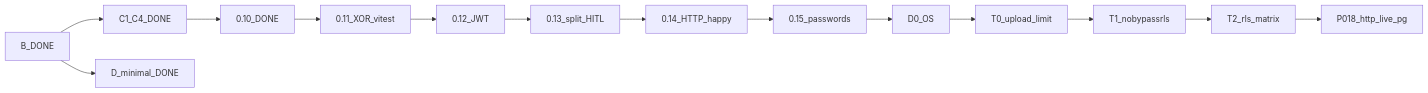
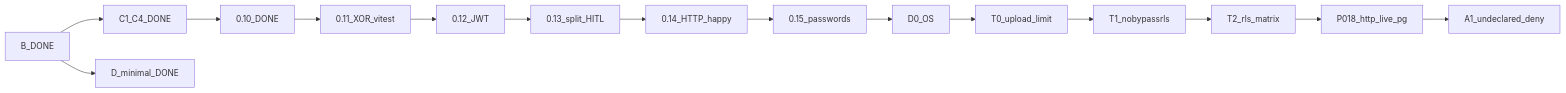
Before and after one commit to Spawn2018/OmniRoute: the diagram in docs/PLAN-REALIZACJA.md, drawn with Mermaid. The commit also changed other lines of this file and 6 other files, not shown here.

Commit message:
feat(M-20): live PG extract HTTP and cross-tenant draft 404 [plaster 0.18]

````diff
--- a/docs/PLAN-REALIZACJA.md
+++ b/docs/PLAN-REALIZACJA.md
@@ -8,16 +8,17 @@
 ```mermaid
 flowchart LR
   doneB[B_DONE] --> doneC[C1_C4_DONE]
   doneC --> doneC5[0.10_DONE]
   doneC5 --> doneXor[0.11_XOR_vitest]
   doneXor --> doneJwt[0.12_JWT]
   doneJwt --> doneSplit[0.13_split_HITL]
   doneSplit --> doneHttp[0.14_HTTP_happy]
   doneHttp --> donePwd[0.15_passwords]
   donePwd --> doneD0[D0_OS]
   doneD0 --> doneT0[T0_upload_limit]
   doneT0 --> doneT1[T1_nobypassrls]
   doneT1 --> doneT2[T2_rls_matrix]
-  doneT2 --> next[P018_http_live_pg]
+  doneT2 --> done018[P018_http_live_pg]
+  done018 --> next[A1_undeclared_deny]
   doneB --> doneD[D_minimal_DONE]
 ```
````
